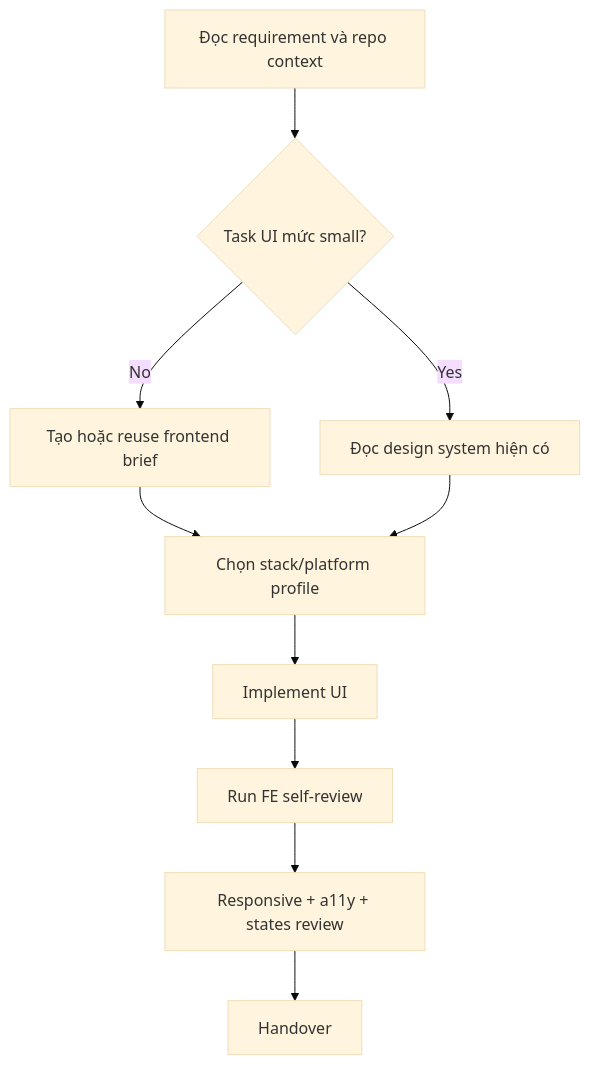
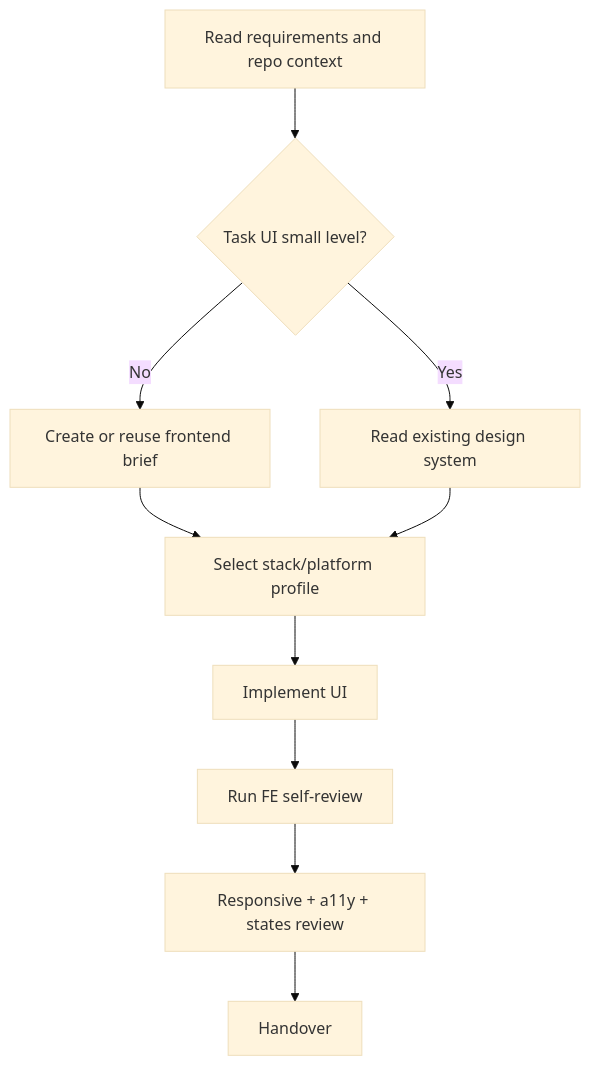
One commit to nguyenphat57/forge changed the diagram in packages/forge-core/domains/frontend.md. Above: the diagram before and after it, drawn with Mermaid (base theme). The commit also changed other lines of this file and 82 other files, not shown here.

````diff
--- a/packages/forge-core/domains/frontend.md
+++ b/packages/forge-core/domains/frontend.md
@@ -56,12 +56,12 @@
 ```mermaid
 flowchart TD
-    A[Đọc requirement và repo context] --> B{Task UI mức small?}
-    B -->|No| C[Tạo hoặc reuse frontend brief]
-    B -->|Yes| D[Đọc design system hiện có]
-    C --> E[Chọn stack/platform profile]
+    A[Read requirements and repo context] --> B{Task UI small level?}
+    B -->|No| C[Create or reuse frontend brief]
+    B -->|Yes| D[Read existing design system]
+    C --> E[Select stack/platform profile]
     D --> E
     E --> F[Implement UI]
     F --> G[Run FE self-review]
     G --> H[Responsive + a11y + states review]
     H --> I[Handover]
 ```
````
